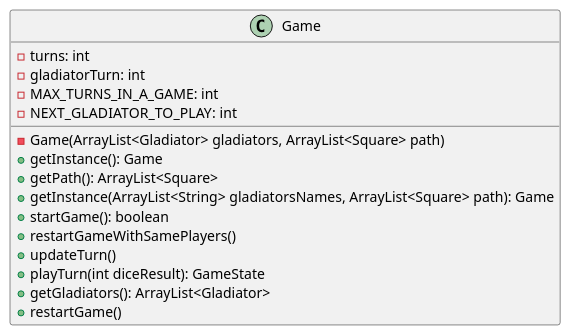
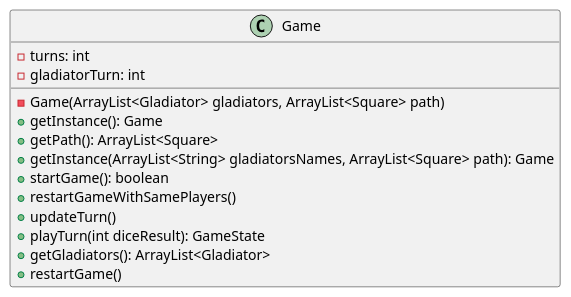
One commit to PabloGCH/tp2-algo3 changed the diagram in diagrams/classes/game/Game.plantuml. Above: the diagram before and after it, drawn with PlantUML. The commit also changed 16 other files, not shown here.

Commit message:
Class diagrams changes

```diff
--- a/diagrams/classes/game/Game.plantuml
+++ b/diagrams/classes/game/Game.plantuml
@@ -1,18 +1,16 @@
 @startuml
 class Game {
     -turns: int
     -gladiatorTurn: int
-    -MAX_TURNS_IN_A_GAME: int
-    -NEXT_GLADIATOR_TO_PLAY: int
     -Game(ArrayList<Gladiator> gladiators, ArrayList<Square> path)
     +getInstance(): Game
     +getPath(): ArrayList<Square>
     +getInstance(ArrayList<String> gladiatorsNames, ArrayList<Square> path): Game
     +startGame(): boolean
     +restartGameWithSamePlayers()
     +updateTurn()
     +playTurn(int diceResult): GameState
     +getGladiators(): ArrayList<Gladiator> 
     +restartGame()
 }
 @enduml
```
